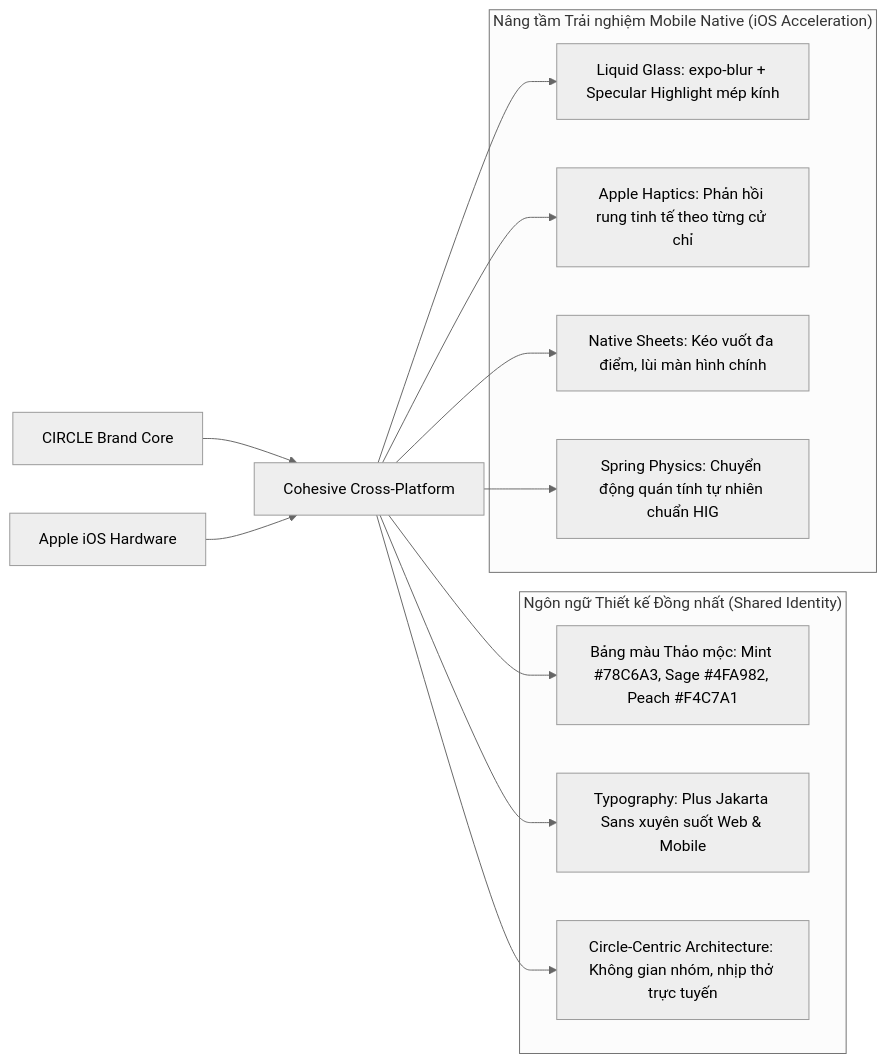
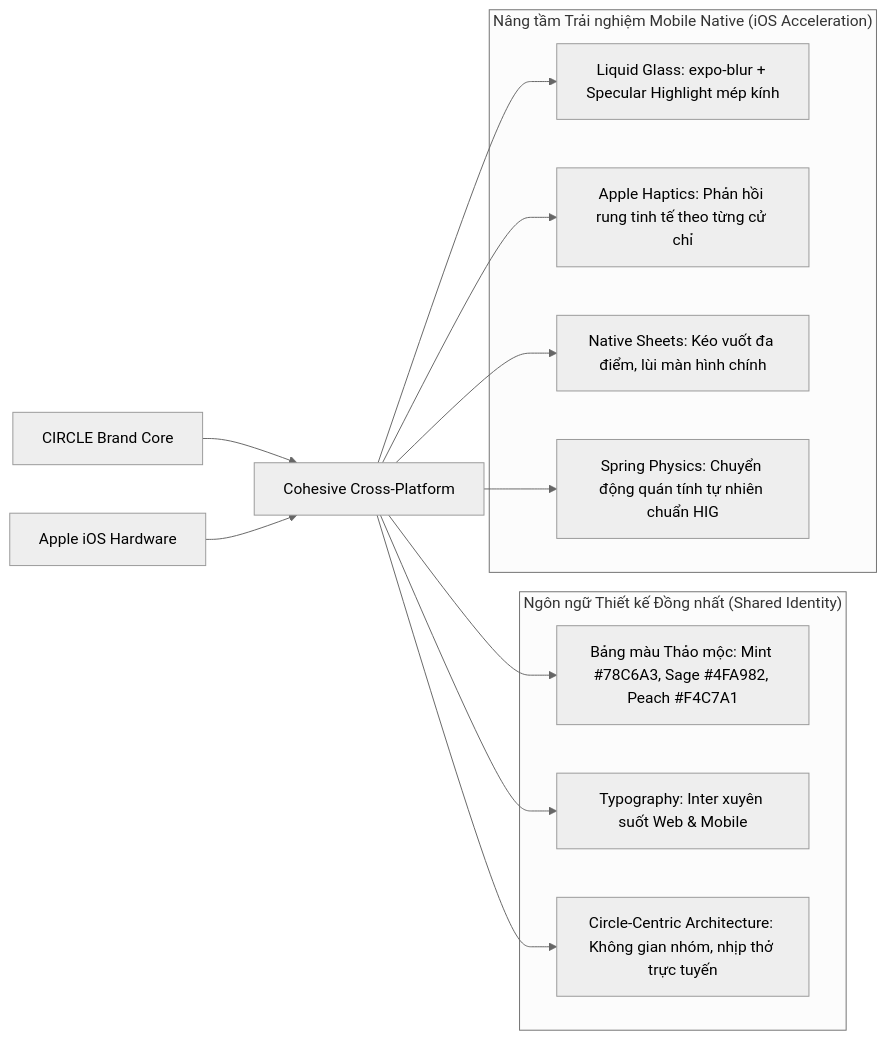
Before and after one commit to 1440isme/Circle: the second of 2 diagrams in docs/design.md, drawn with Mermaid (neutral theme). The commit also changed other lines of this file and 3 other files, not shown here.

Commit message:
style(design): sync design.md typography to Inter and fix CSS body font variable

````diff
--- a/docs/design.md
+++ b/docs/design.md
@@ -264,26 +264,26 @@
 ```mermaid
 flowchart LR
     A["CIRCLE Brand Core"] --> C["Cohesive Cross-Platform"]
     B["Apple iOS Hardware"] --> C
 
     subgraph "Ngôn ngữ Thiết kế Đồng nhất (Shared Identity)"
         D1["Bảng màu Thảo mộc: Mint #78C6A3, Sage #4FA982, Peach #F4C7A1"]
-        D2["Typography: Plus Jakarta Sans xuyên suốt Web & Mobile"]
+        D2["Typography: Inter xuyên suốt Web & Mobile"]
         D3["Circle-Centric Architecture: Không gian nhóm, nhịp thở trực tuyến"]
     end
 
     subgraph "Nâng tầm Trải nghiệm Mobile Native (iOS Acceleration)"
         E1["Liquid Glass: expo-blur + Specular Highlight mép kính"]
         E2["Apple Haptics: Phản hồi rung tinh tế theo từng cử chỉ"]
         E3["Native Sheets: Kéo vuốt đa điểm, lùi màn hình chính"]
         E4["Spring Physics: Chuyển động quán tính tự nhiên chuẩn HIG"]
     end
 
     C --> D1
     C --> D2
     C --> D3
     C --> E1
     C --> E2
     C --> E3
     C --> E4
 ```
````
